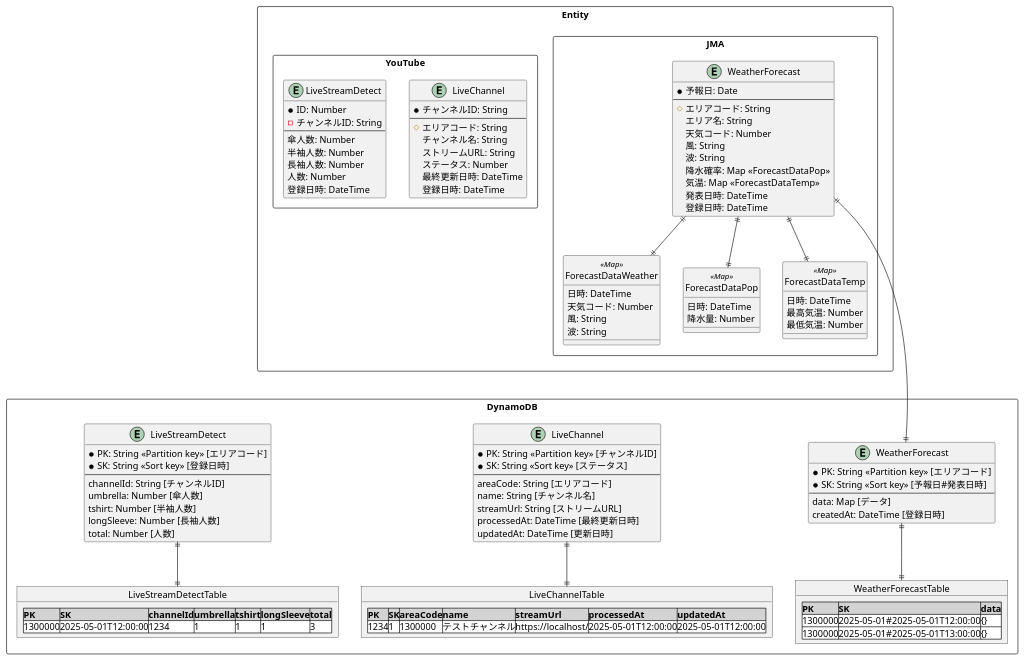
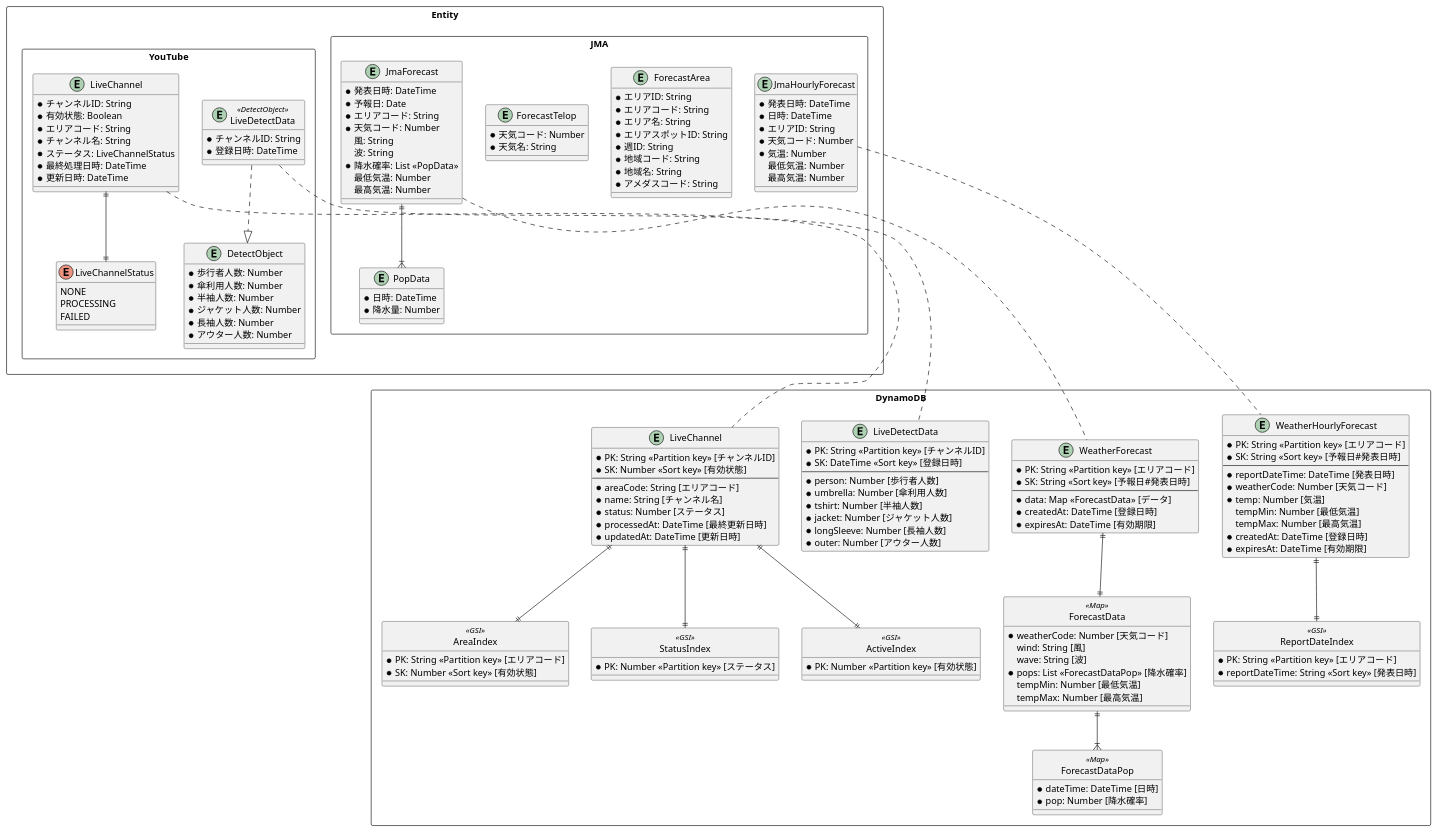
The diagram in docs/database.pu (pontago/otenki-live), drawn with PlantUML before and after one commit. The commit also changed 8 other files, not shown here.

```diff
--- a/docs/database.pu
+++ b/docs/database.pu
@@ -1,122 +1,183 @@
-@startuml Database
+@startuml database
 package Entity <<Rectangle>> {
   package JMA <<Rectangle>> {
-    entity WeatherForecast {
+    entity JmaForecast {
+      * 発表日時: DateTime
       * 予報日: Date
-      --
-      # エリアコード: String
-      エリア名: String
-      天気コード: Number
+      * エリアコード: String
+      * 天気コード: Number
       風: String
       波: String
-      降水確率: Map <<ForecastDataPop>>
-      気温: Map <<ForecastDataTemp>>
-      発表日時: DateTime 
-      登録日時: DateTime
+      * 降水確率: List <<PopData>>
+      最低気温: Number
+      最高気温: Number
     }
 
-    entity ForecastDataWeather <<Map>> {
-      日時: DateTime
-      天気コード: Number
-      風: String
-      波: String
+    entity PopData {
+      * 日時: DateTime
+      * 降水量: Number
     }
 
-    entity ForecastDataPop <<Map>> {
-      日時: DateTime
-      降水量: Number
+    entity ForecastArea {
+      * エリアID: String
+      * エリアコード: String
+      * エリア名: String
+      * エリアスポットID: String
+      * 週ID: String
+      * 地域コード: String
+      * 地域名: String
+      * アメダスコード: String
     }
 
-    entity ForecastDataTemp <<Map>> {
-      日時: DateTime
-      最高気温: Number
-      最低気温: Number
+    entity ForecastTelop {
+      * 天気コード: Number
+      * 天気名: String
     }
 
-    WeatherForecast ||--|| ForecastDataWeather
-    WeatherForecast ||--|| ForecastDataPop
-    WeatherForecast ||--|| ForecastDataTemp
+    entity JmaHourlyForecast {
+      * 発表日時: DateTime
+      * 日時: DateTime
+      * エリアID: String
+      * 天気コード: Number
+      * 気温: Number
+      最低気温: Number
+      最高気温: Number
+    }
 
-    hide <<Map>> circle
+    JmaForecast ||--|{ PopData
   }
 
   package YouTube <<Rectangle>> {
     entity LiveChannel {
       * チャンネルID: String
-      --
-      # エリアコード: String
-      チャンネル名: String
-      ストリームURL: String
-      ステータス: Number
-      最終更新日時: DateTime
-      登録日時: DateTime
+      * 有効状態: Boolean
+      * エリアコード: String
+      * チャンネル名: String
+      * ステータス: LiveChannelStatus
+      * 最終処理日時: DateTime
+      * 更新日時: DateTime
     }
 
-    entity LiveStreamDetect {
-      * ID: Number
-      - チャンネルID: String
-      --
-      傘人数: Number
-      半袖人数: Number
-      長袖人数: Number
-      人数: Number
-      登録日時: DateTime
+    enum LiveChannelStatus {
+      NONE
+      PROCESSING
+      FAILED
     }
+
+    entity LiveDetectData <<DetectObject>> {
+      * チャンネルID: String
+      * 登録日時: DateTime
+    }
+
+    entity DetectObject {
+      * 歩行者人数: Number
+      * 傘利用人数: Number
+      * 半袖人数: Number
+      * ジャケット人数: Number
+      * 長袖人数: Number
+      * アウター人数: Number
+    }
+
+    LiveChannel ||--|| LiveChannelStatus
+    LiveDetectData ..|> DetectObject
   }
 
 }
 
 package DynamoDB <<Rectangle>> {
+  ' JMA
   entity WeatherForecast {
     * PK: String <<Partition key>> [エリアコード]
     * SK: String <<Sort key>> [予報日#発表日時]
     --
-    data: Map [データ]
-    createdAt: DateTime [登録日時]
+    * data: Map <<ForecastData>> [データ]
+    * createdAt: DateTime [登録日時]
+    * expiresAt: DateTime [有効期限]
   }
 
+  entity ForecastData <<Map>> {
+    * weatherCode: Number [天気コード]
+    wind: String [風]
+    wave: String [波]
+    * pops: List <<ForecastDataPop>> [降水確率]
+    tempMin: Number [最低気温]
+    tempMax: Number [最高気温]
+  }
+
+  entity ForecastDataPop <<Map>> {
+    * dateTime: DateTime [日時]
+    * pop: Number [降水確率]
+  }
+
+  entity WeatherHourlyForecast {
+    * PK: String <<Partition key>> [エリアコード]
+    * SK: String <<Sort key>> [予報日#発表日時]
+    --
+    * reportDateTime: DateTime [発表日時]
+    * weatherCode: Number [天気コード]
+    * temp: Number [気温]
+    tempMin: Number [最低気温]
+    tempMax: Number [最高気温]
+    * createdAt: DateTime [登録日時]
+    * expiresAt: DateTime [有効期限]
+  }
+
+  entity ReportDateIndex <<GSI>> {
+    * PK: String <<Partition key>> [エリアコード]
+    * reportDateTime: String <<Sort key>> [発表日時]
+  }
+
+  WeatherForecast ||--|| ForecastData
+  ForecastData ||--|{ ForecastDataPop
+  WeatherHourlyForecast ||--|| ReportDateIndex
+
+  ' YouTube
   entity LiveChannel {
     * PK: String <<Partition key>> [チャンネルID]
-    * SK: String <<Sort key>> [ステータス]
+    * SK: Number <<Sort key>> [有効状態]
     --
-    areaCode: String [エリアコード]
-    name: String [チャンネル名]
-    streamUrl: String [ストリームURL]
-    processedAt: DateTime [最終更新日時]
-    updatedAt: DateTime [更新日時]
+    * areaCode: String [エリアコード]
+    * name: String [チャンネル名]
+    * status: Number [ステータス]
+    * processedAt: DateTime [最終更新日時]
+    * updatedAt: DateTime [更新日時]
   }
 
-  entity LiveStreamDetect {
-    * PK: String <<Partition key>> [エリアコード]
-    * SK: String <<Sort key>> [登録日時]
-    --
-    channelId: String [チャンネルID]
-    umbrella: Number [傘人数]
-    tshirt: Number [半袖人数]
-    longSleeve: Number [長袖人数]
-    total: Number [人数]
+  entity ActiveIndex <<GSI>> {
+    * PK: Number <<Partition key>> [有効状態]
   }
 
-  object WeatherForecastTable {
-    <#lightgray,#black>|=PK|=SK|=data|
-    <#white>|1300000|2025-05-01#2025-05-01T12:00:00|{}|
-    <#white>|1300000|2025-05-01#2025-05-01T13:00:00|{}|
+  entity AreaIndex <<GSI>> {
+    * PK: String <<Partition key>> [エリアコード]
+    * SK: Number <<Sort key>> [有効状態]
   }
 
-  object LiveChannelTable {
-    <#lightgray,#black>|=PK|=SK|=areaCode|=name|=streamUrl|=processedAt|=updatedAt|
-    <#white>|1234|1|1300000|テストチャンネル|https://localhost/|2025-05-01T12:00:00|2025-05-01T12:00:00|
+  entity StatusIndex <<GSI>> {
+    * PK: Number <<Partition key>> [ステータス]
   }
 
-  object LiveStreamDetectTable {
-    <#lightgray,#black>|=PK|=SK|=channelId|=umbrella|=tshirt|=longSleeve|=total|
-    <#white>|1300000|2025-05-01T12:00:00|1234|1|1|1|3|
+  entity LiveDetectData {
+    * PK: String <<Partition key>> [チャンネルID]
+    * SK: DateTime <<Sort key>> [登録日時]
+    --
+    * person: Number [歩行者人数]
+    * umbrella: Number [傘利用人数]
+    * tshirt: Number [半袖人数]
+    * jacket: Number [ジャケット人数]
+    * longSleeve: Number [長袖人数]
+    * outer: Number [アウター人数]
   }
 
-  WeatherForecast ||--|| WeatherForecastTable
-  LiveChannel ||--|| LiveChannelTable
-  LiveStreamDetect ||--|| LiveStreamDetectTable
+  LiveChannel ||--|| ActiveIndex
+  LiveChannel ||--|| AreaIndex
+  LiveChannel ||--|| StatusIndex
 
-  Entity.JMA.WeatherForecast ||----|| WeatherForecast
+  Entity.JMA.JmaForecast ... WeatherForecast
+  Entity.JMA.JmaHourlyForecast ... WeatherHourlyForecast
+  Entity.YouTube.LiveChannel ... LiveChannel
+  Entity.YouTube.LiveDetectData ... LiveDetectData
+
+  hide <<Map>> circle
+  hide <<GSI>> circle
 }
 @enduml
```
